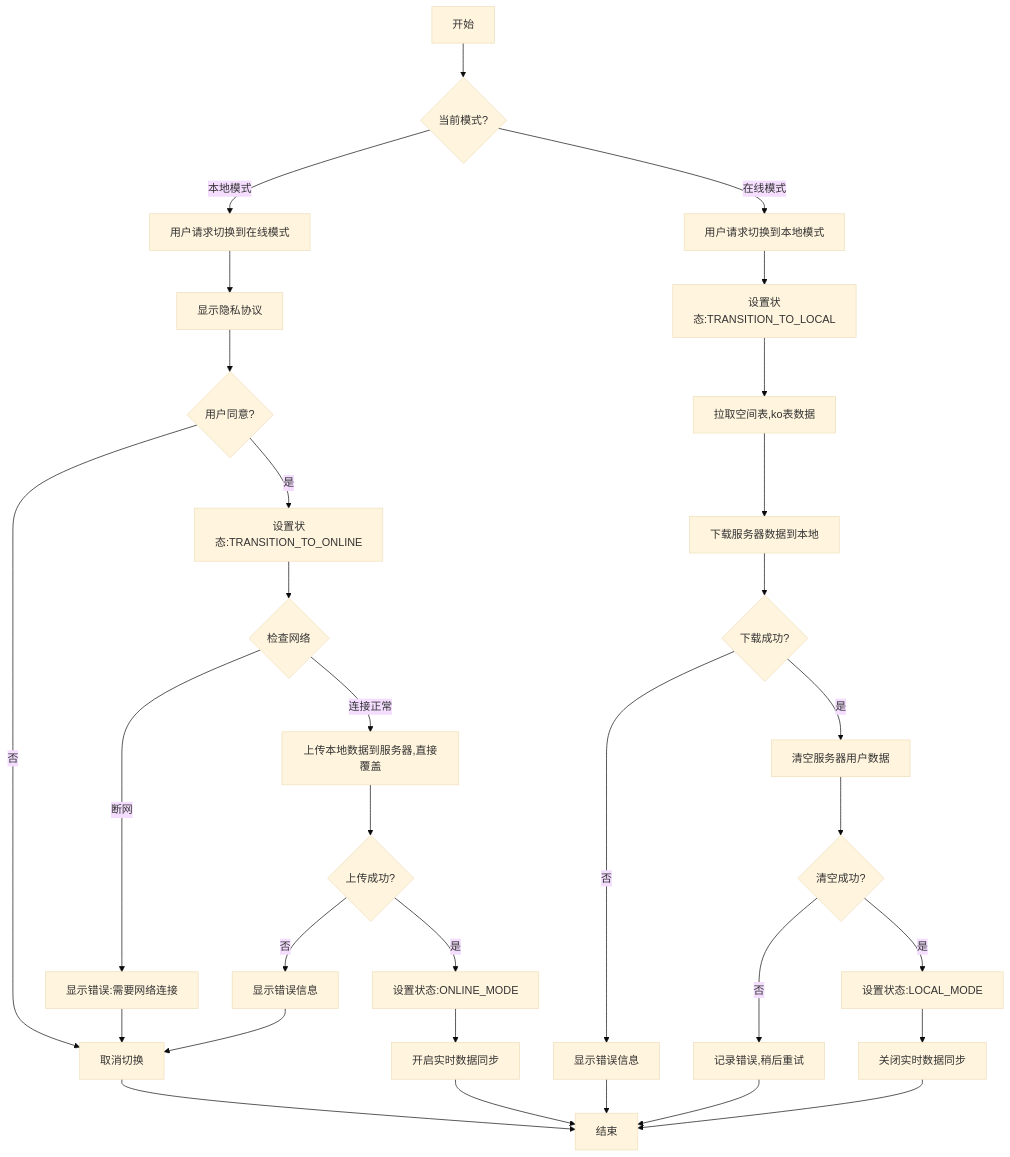
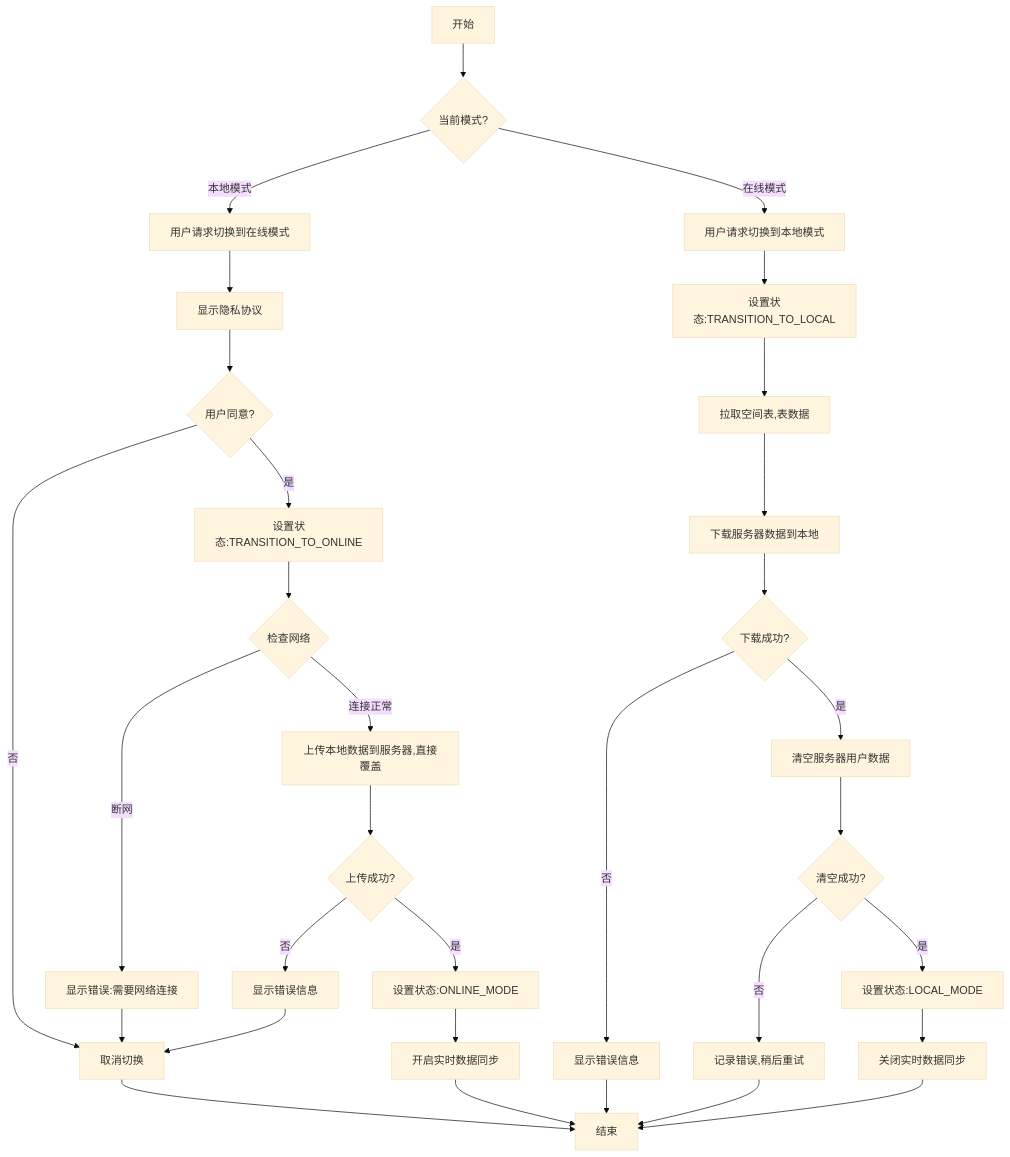
One commit to yingjianzh/iodraw-files changed the diagram in all/未命名-50.md. Above: the diagram before and after it, drawn with Mermaid (base theme).

Commit message:
2025-05-08 16:11:39 update

````diff
--- a/all/未命名-50.md
+++ b/all/未命名-50.md
@@ -1,39 +1,39 @@
 ```mermaid
 
 flowchart TD
     A[开始] --> B{当前模式?}
     
     B -->|本地模式| C[用户请求切换到在线模式]
     C --> F[显示隐私协议]
     F --> G{用户同意?}
     G -->|否| H[取消切换]
     H --> Z[结束]
     G -->|是| I[设置状态:TRANSITION_TO_ONLINE]
     I --> J{检查网络}
     J -->|断网| K[显示错误:需要网络连接]
     K --> H
     J -->|连接正常| O[上传本地数据到服务器,直接覆盖]
     O --> P{上传成功?}
     P -->|否| Q[显示错误信息]
     Q --> H
     P -->|是| R[设置状态:ONLINE_MODE]
     R --> S[开启实时数据同步]
     S --> Z
     
     B -->|在线模式| T[用户请求切换到本地模式]
     T --> U[设置状态:TRANSITION_TO_LOCAL]
-    U --> V[拉取空间表,ko表数据]
+    U --> V[拉取空间表,表数据]
     
     V --> X[下载服务器数据到本地]
     X --> Y{下载成功?}
     Y -->|否| AA2[显示错误信息]
     AA2 --> Z
     Y -->|是| AB2[清空服务器用户数据]
     AB2 --> AC2{清空成功?}
     AC2 -->|否| AD2[记录错误,稍后重试]
     AD2 --> Z
     AC2 -->|是| AE[设置状态:LOCAL_MODE]
     AE --> AF[关闭实时数据同步]
     AF --> Z
 
 ```
````
